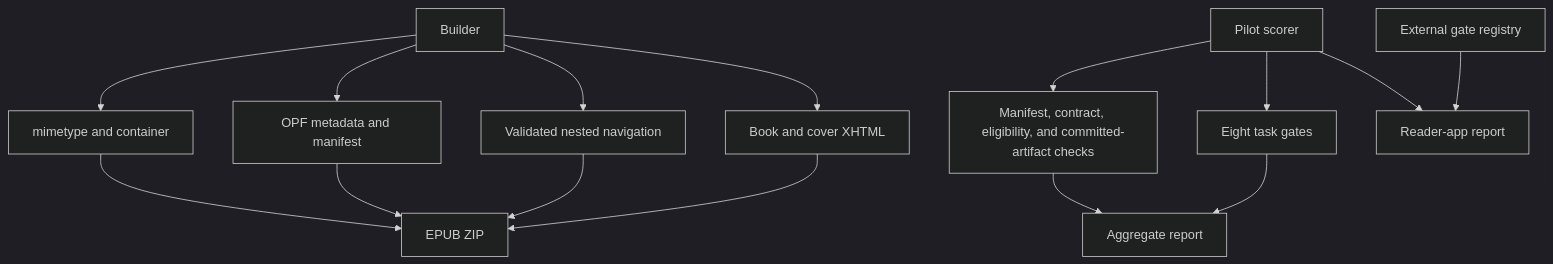
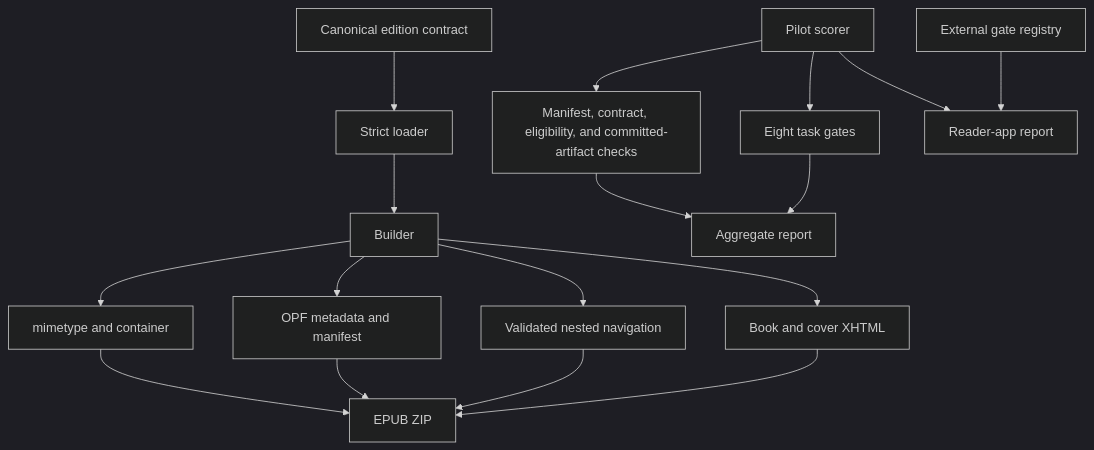
One commit to streamentry/streamentry changed the second of 5 diagrams in scripts/AGENTS.md. Above: the diagram before and after it, drawn with Mermaid (dark theme). The commit also changed other lines of this file and 30 other files, not shown here.

Commit message:
Centralize edition and locale publication contract

````diff
--- a/scripts/AGENTS.md
+++ b/scripts/AGENTS.md
@@ -49,17 +69,19 @@
 ```mermaid
 flowchart TB
+  D["Canonical edition contract"] --> L["Strict loader"]
+  L --> B["Builder"]
   B["Builder"] --> M["mimetype and container"]
   B --> O["OPF metadata and manifest"]
   B --> N["Validated nested navigation"]
   B --> X["Book and cover XHTML"]
   M --> Z["EPUB ZIP"]
   O --> Z
   N --> Z
   X --> Z
   S["Pilot scorer"] --> R["Manifest, contract, eligibility, and committed-artifact checks"]
   S --> G["Eight task gates"]
   Q["External gate registry"] --> E["Candidate-bound public evidence"]
   R --> A["Aggregate report"]
   G --> A
   S --> E["Reader-app report"]
 ```
````
